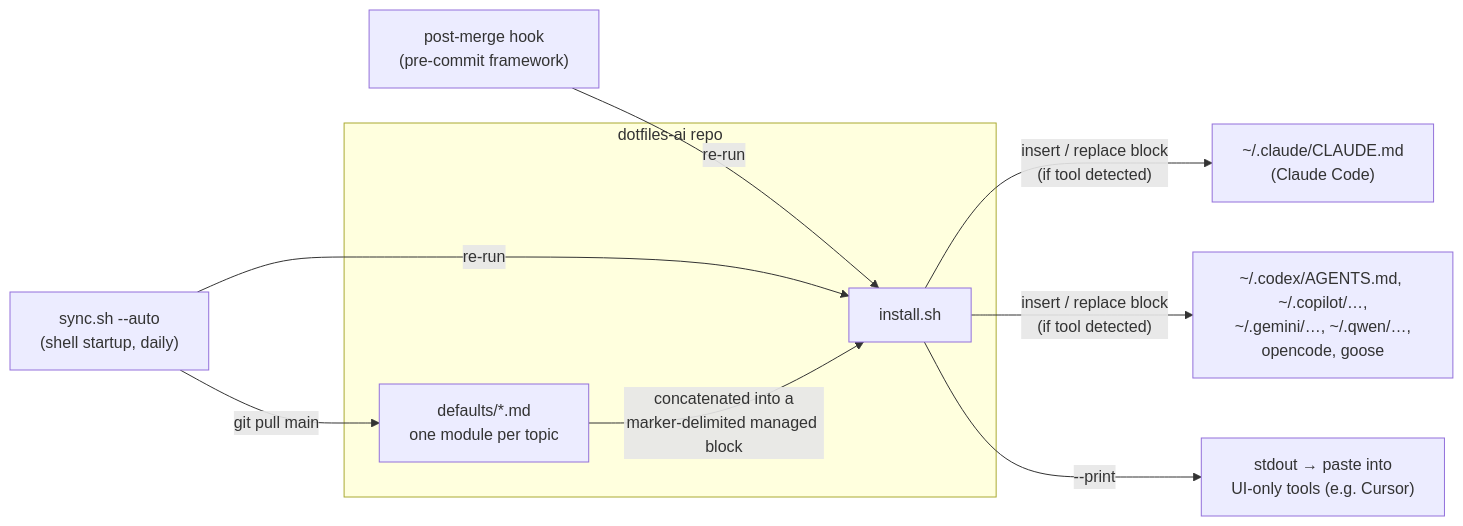
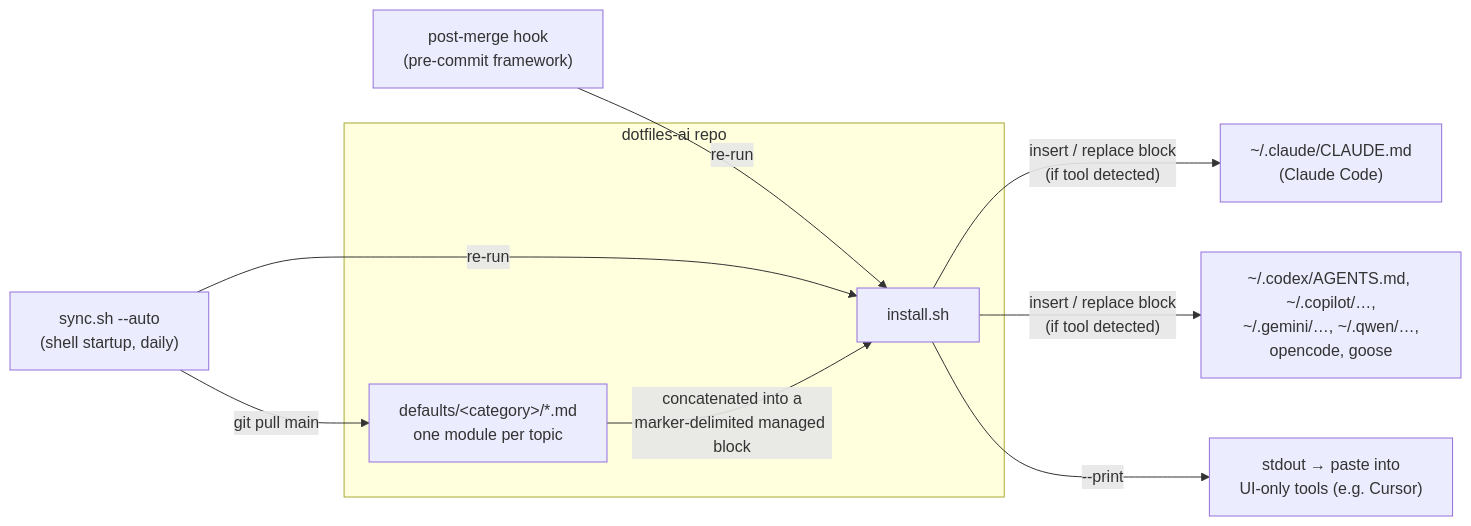
Before and after one commit to mchelen/dotfiles-ai: the diagram in ARCHITECTURE.md, drawn with Mermaid. The commit also changed other lines of this file and 12 other files, not shown here.

````diff
--- a/ARCHITECTURE.md
+++ b/ARCHITECTURE.md
@@ -7,14 +7,14 @@
 ```mermaid
 flowchart LR
     S["sync.sh --auto<br/>(shell startup, daily)"] -->|"git pull main"| D
     H["post-merge hook<br/>(pre-commit framework)"] -->|"re-run"| I
     S -->|"re-run"| I
     subgraph repo["dotfiles-ai repo"]
-        D["defaults/*.md<br/>one module per topic"]
+        D["defaults/&lt;category&gt;/*.md<br/>one module per topic"]
         I["install.sh"]
     end
     D -->|"concatenated into a<br/>marker-delimited managed block"| I
     I -->|"insert / replace block<br/>(if tool detected)"| C["~/.claude/CLAUDE.md<br/>(Claude Code)"]
     I -->|"insert / replace block<br/>(if tool detected)"| X["~/.codex/AGENTS.md, ~/.copilot/…,<br/>~/.gemini/…, ~/.qwen/…,<br/>opencode, goose"]
     I -->|"--print"| P["stdout → paste into<br/>UI-only tools (e.g. Cursor)"]
 ```
````
